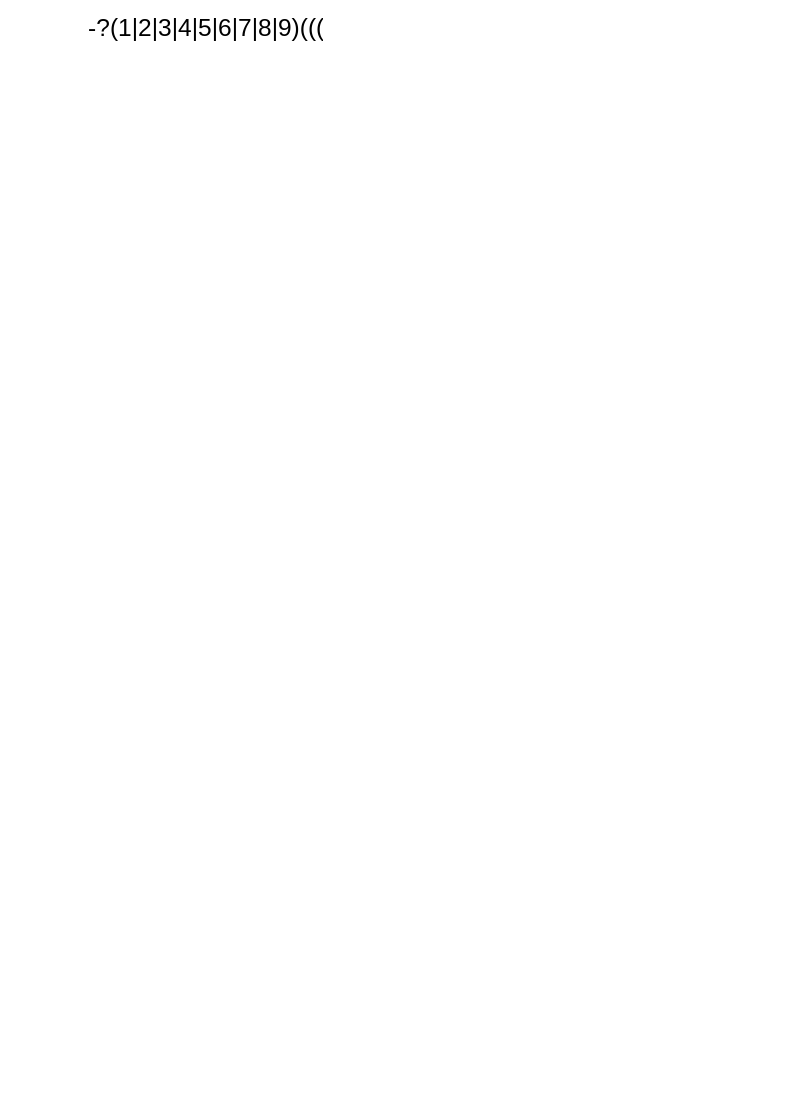
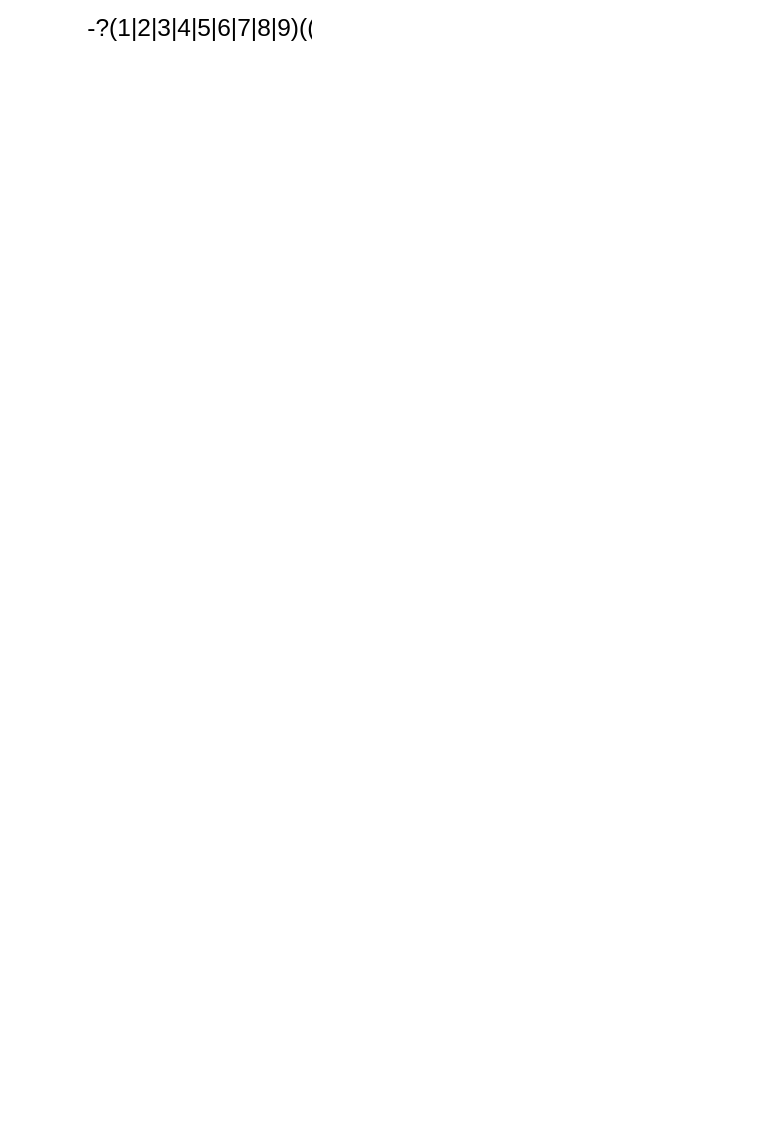
One commit to jorbDehmel/regex-to-dfa changed the diagram in regex_dots/10.dot. Above: the diagram before and after it, drawn with Graphviz. The commit also changed 8 other files, not shown here.

```diff
--- a/regex_dots/10.dot
+++ b/regex_dots/10.dot
@@ -1,55 +1,55 @@
 digraph tokex {
 	labelloc="t";
-	label="-?(1|2|3|4|5|6|7|8|9)(((0|1|2|3|4|5|6|7|8|9)+')*(0|1|2|3|4|5|6|7|8|9)+)?";
+	label="-?(1|2|3|4|5|6|7|8|9)((0|1|2|3|4|5|6|7|8|9)+')*(0|1|2|3|4|5|6|7|8|9)+";
 	graph [dpi=200];
 	rankdir=LR;
 	fontname="Helvetica";
 	edge [arrowhead=normal,arrowtail=dot];
 	node [shape=circle];
 	# Auto-generated by Tokex.
 
 	q0 [label=""];
 	q1 [label="Beg"];
-	q2 [label="End"];
-	q3 [label=""];
+	q2 [label=""];
+	q3 [label="End"];
 	q1 -> q0 [label="-"];
 	q1 -> q2 [label="1"];
 	q1 -> q2 [label="2"];
 	q1 -> q2 [label="3"];
 	q1 -> q2 [label="4"];
 	q1 -> q2 [label="5"];
 	q1 -> q2 [label="6"];
 	q1 -> q2 [label="7"];
 	q1 -> q2 [label="8"];
 	q1 -> q2 [label="9"];
 	q0 -> q2 [label="1"];
 	q0 -> q2 [label="2"];
 	q0 -> q2 [label="3"];
 	q0 -> q2 [label="4"];
 	q0 -> q2 [label="5"];
 	q0 -> q2 [label="6"];
 	q0 -> q2 [label="7"];
 	q0 -> q2 [label="8"];
 	q0 -> q2 [label="9"];
 	q2 -> q3 [label="0"];
 	q2 -> q3 [label="1"];
 	q2 -> q3 [label="2"];
 	q2 -> q3 [label="3"];
 	q2 -> q3 [label="4"];
 	q2 -> q3 [label="5"];
 	q2 -> q3 [label="6"];
 	q2 -> q3 [label="7"];
 	q2 -> q3 [label="8"];
 	q2 -> q3 [label="9"];
 	q3 -> q2 [label="'"];
 	q3 -> q3 [label="0"];
 	q3 -> q3 [label="1"];
 	q3 -> q3 [label="2"];
 	q3 -> q3 [label="3"];
 	q3 -> q3 [label="4"];
 	q3 -> q3 [label="5"];
 	q3 -> q3 [label="6"];
 	q3 -> q3 [label="7"];
 	q3 -> q3 [label="8"];
 	q3 -> q3 [label="9"];
 }
```
